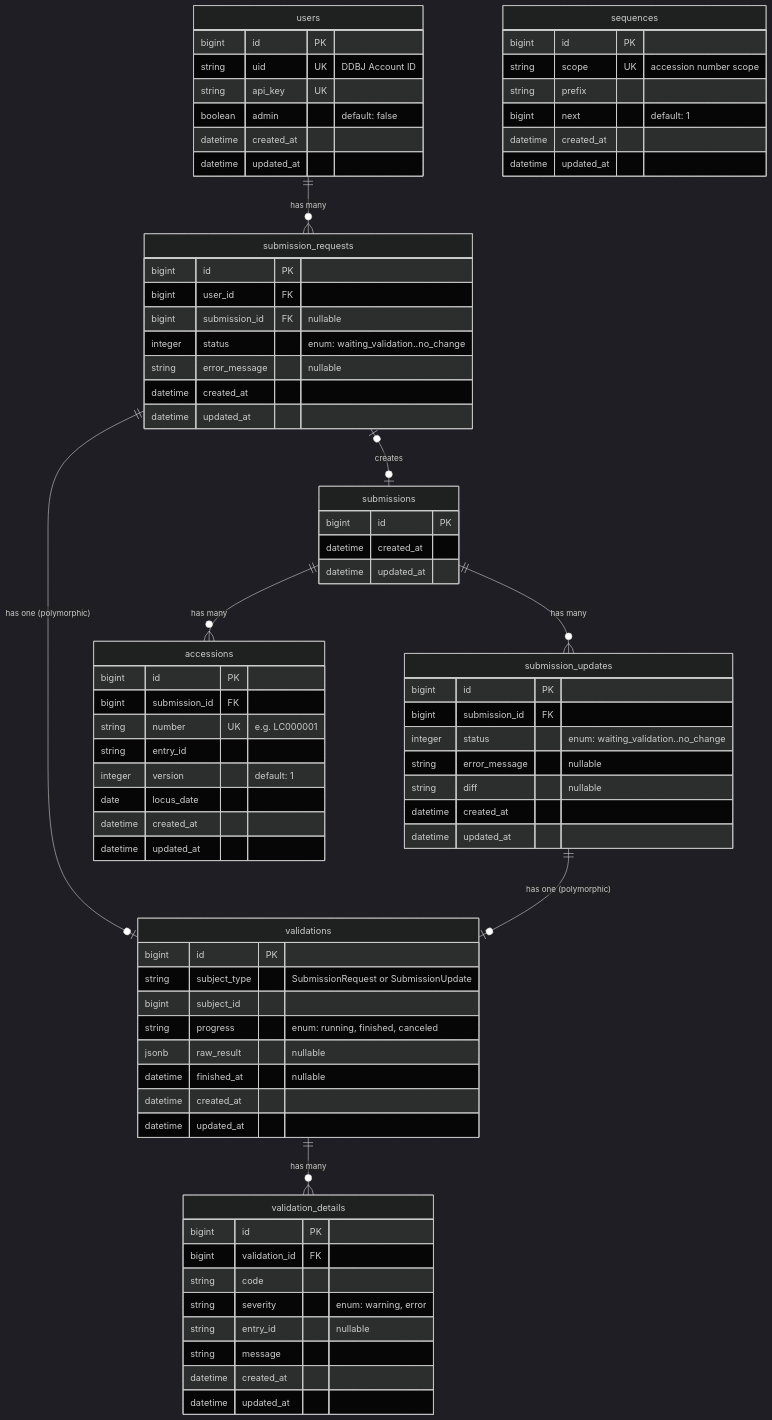
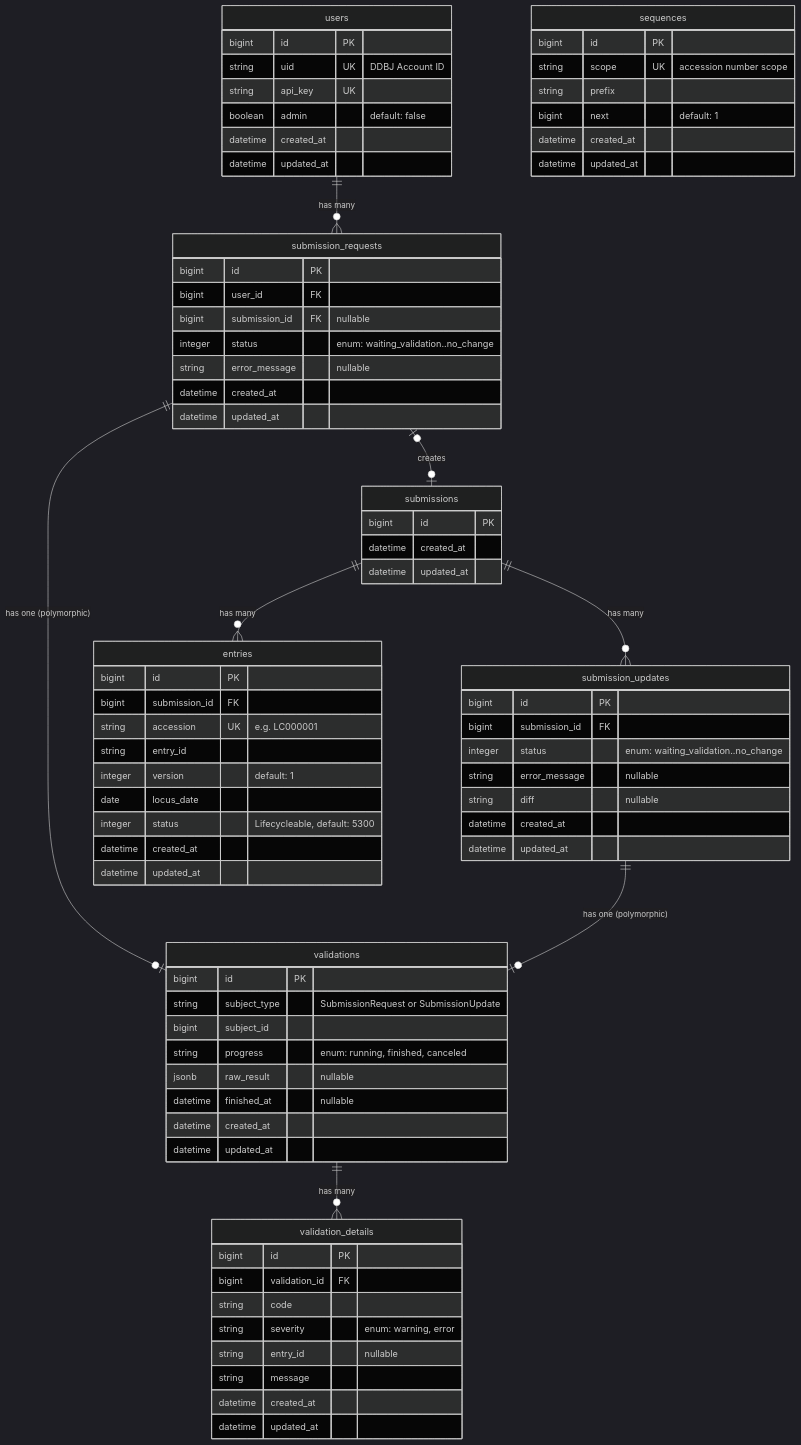
The second of 2 diagrams in README.md (ddbj/ddbj-repository), drawn with Mermaid (dark theme) before and after one commit. The commit also changed 4 other files, not shown here.

```diff
--- a/README.md
+++ b/README.md
@@ -90,13 +90,14 @@
         datetime updated_at
     }
 
-    accessions {
+    entries {
         bigint id PK
         bigint submission_id FK
-        string number UK "e.g. LC000001"
+        string accession UK "e.g. LC000001"
         string entry_id
         integer version "default: 1"
         date locus_date
+        integer status "Lifecycleable, default: 5300"
         datetime created_at
         datetime updated_at
     }
@@ -135,7 +136,7 @@
     users ||--o{ submission_requests : "has many"
     submission_requests |o--o| submissions : "creates"
     submissions ||--o{ submission_updates : "has many"
-    submissions ||--o{ accessions : "has many"
+    submissions ||--o{ entries : "has many"
     submission_requests ||--o| validations : "has one (polymorphic)"
     submission_updates ||--o| validations : "has one (polymorphic)"
     validations ||--o{ validation_details : "has many"
```
